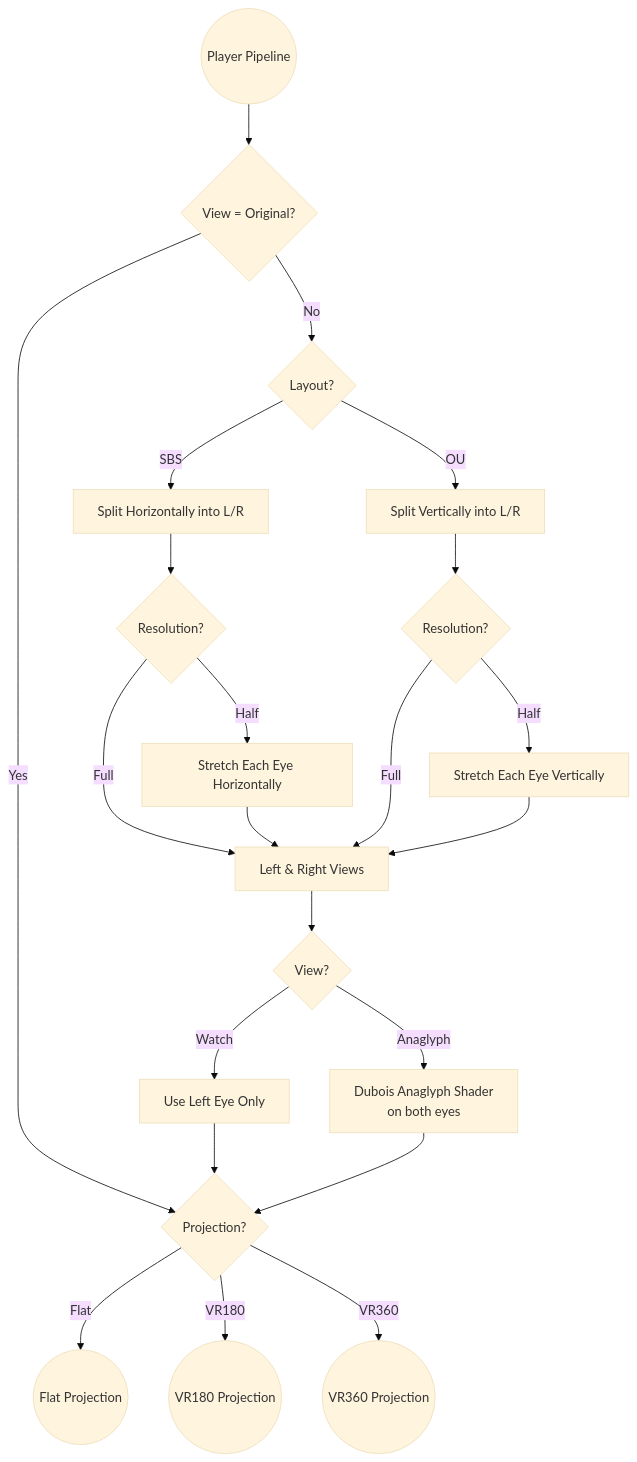
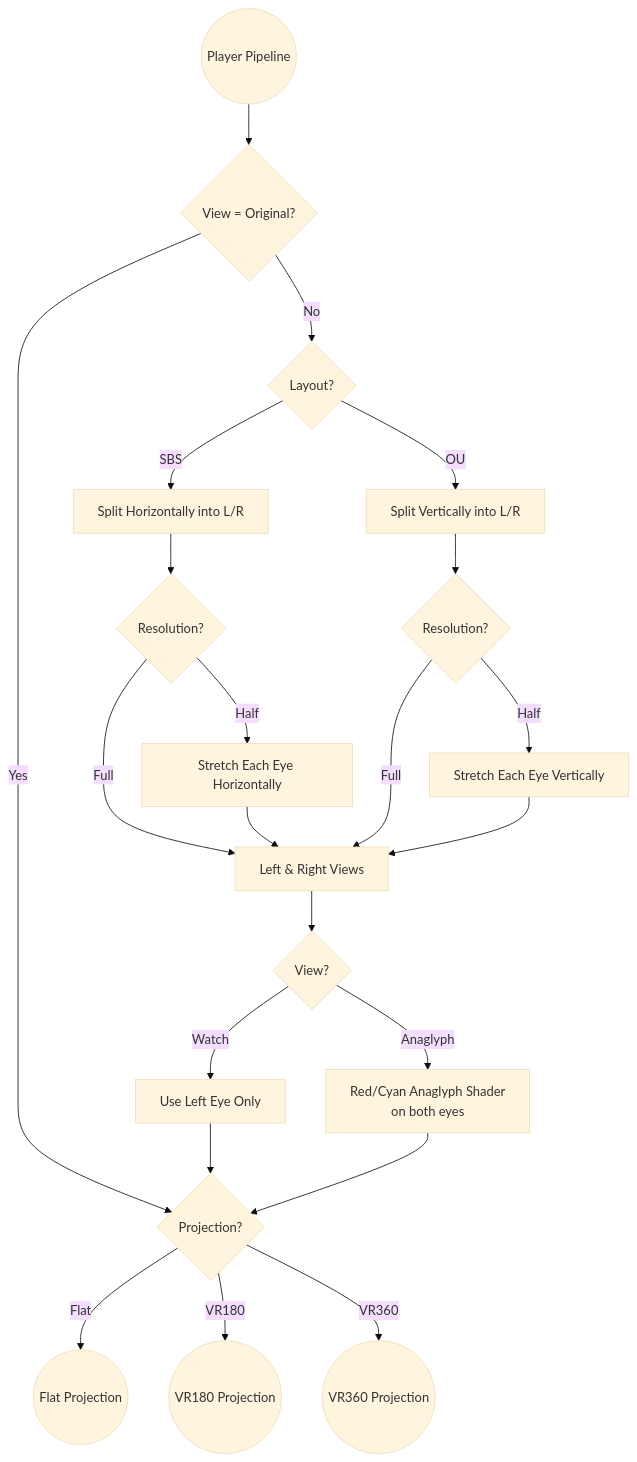
One commit to richjenks/flatlens changed the diagram in AGENTS.md. Above: the diagram before and after it, drawn with Mermaid (base theme). The commit also changed other lines of this file, not shown here.

````diff
--- a/AGENTS.md
+++ b/AGENTS.md
@@ -45,39 +46,39 @@
 ```mermaid
 flowchart TD
 		%% Entry
 		A((Player Pipeline)) --> B{View = Original?}
 
 		%% Original 2D Path
 		B --> |Yes| O
 
 		%% Stereo Layout Detection
 		B --> |No| D{Layout?}
 		D --> |SBS| E[Split Horizontally into L/R]
 		D --> |OU| F[Split Vertically into L/R]
 
 		%% Resolution Handling
 		E --> G{Resolution?}
 		F --> H{Resolution?}
 
 		G --> |Full| I[Left & Right Views]
 		G --> |Half| J[Stretch Each Eye Horizontally] --> I
 
 		H --> |Full| I
 		H --> |Half| K[Stretch Each Eye Vertically] --> I
 
 		%% View Selection
 		I --> L{View?}
 
 		%% Watch View (Monoscopic)
 		L --> |Watch| M[Use Left Eye Only]
 		M --> O{Projection?}
 
 		%% Anaglyph View (Stereo)
-		L --> |Anaglyph| Q[Dubois Anaglyph Shader<br>on both eyes]
+		L --> |Anaglyph| Q[Red/Cyan Anaglyph Shader<br>on both eyes]
 		Q --> O
 
 		%% Projection Modes
 		O --> |Flat| R((Flat Projection))
 		O --> |VR180| S((VR180 Projection))
 		O --> |VR360| T((VR360 Projection))
 ```
````
